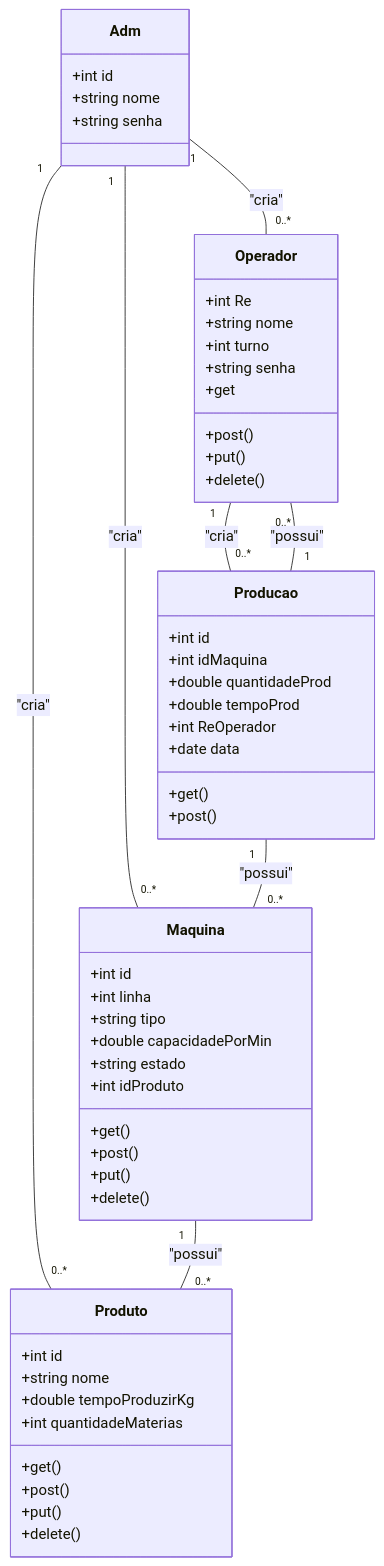
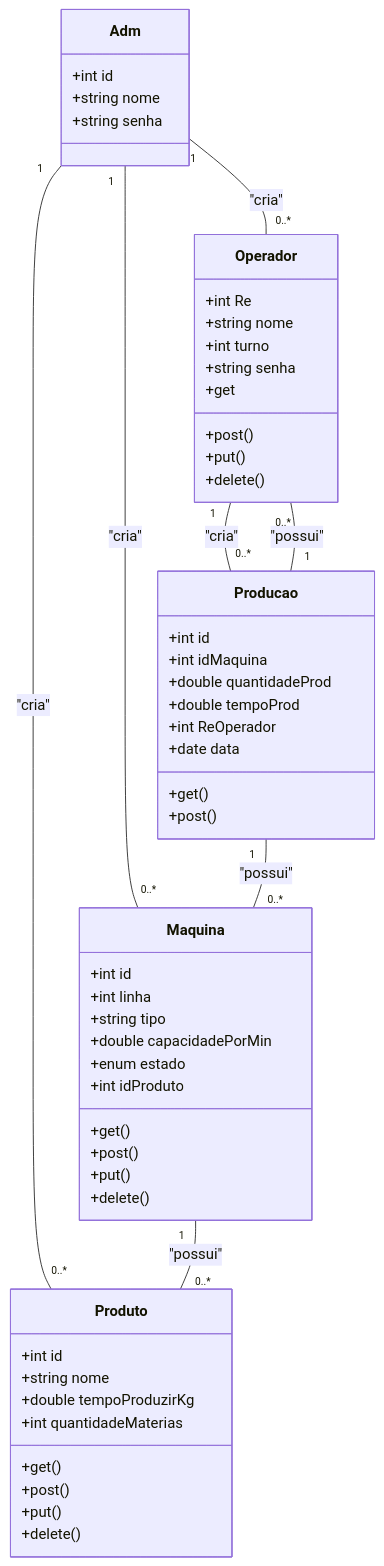
The first of 3 diagrams in README.md (JoaovlLima/GestorDeProducao), drawn with Mermaid before and after one commit.

````diff
--- a/README.md
+++ b/README.md
@@ -161,61 +161,61 @@
 ```mermaid
 classDiagram
     class Adm{
         +int id
         +string nome
         +string senha
     }
     class Operador {
         +int Re
         +string nome
         +int turno
         +string senha
         +get
         +post()
         +put()
         +delete()
     }
 
     class Maquina {
         +int id
         +int linha
         +string tipo
         +double capacidadePorMin
-        +string estado
+        +enum estado
         +int idProduto
         +get()
         +post()
         +put()
         +delete()
     }
 
     class Produto {
         +int id
         +string nome
         +double tempoProduzirKg
         +int quantidadeMaterias
         +get()
         +post()
         +put()
         +delete()
     }
 
     class Producao {
         +int id
         +int idMaquina 
         +double quantidadeProd
         +double tempoProd
         +int ReOperador
         +date data
         +get()
         +post()
     }
 
     Operador "1" -- "0..*" Producao : "cria"
     Adm "1" -- "0..*" Operador : "cria"
     Adm "1" -- "0..*" Maquina : "cria"
     Adm "1" -- "0..*" Produto : "cria"
     Producao "1" -- "0..*" Operador : "possui"
     Producao "1" -- "0..*" Maquina : "possui"
     Maquina "1" -- "0..*" Produto : "possui"
 ```
````
